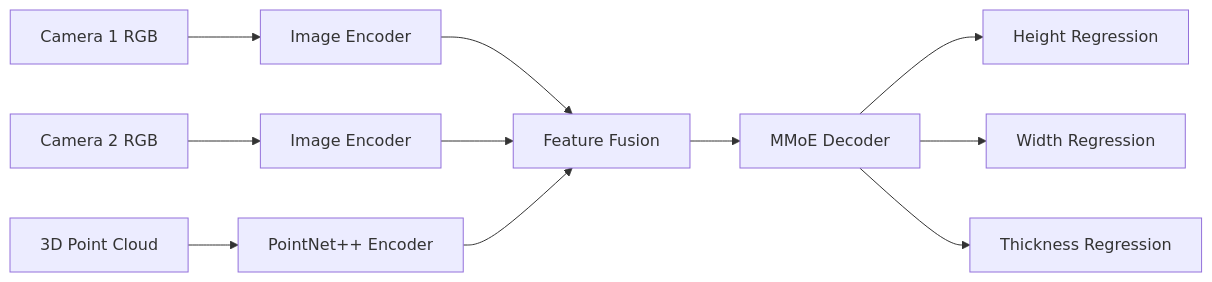
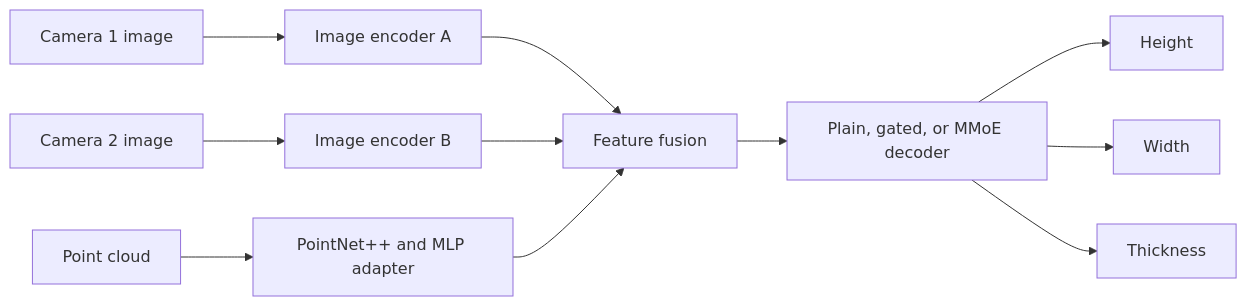
The diagram in README.md (AngeloUNIMI/Granulo-10k), drawn with Mermaid before and after one commit. The commit also changed other lines of this file and 74 other files, not shown here.

````diff
--- a/README.md
+++ b/README.md
@@ -166,13 +167,13 @@
 ```mermaid
 graph LR
-    A[Camera 1 RGB] --> B[Image Encoder]
-    C[Camera 2 RGB] --> D[Image Encoder]
-    E[3D Point Cloud] --> F[PointNet++ Encoder]
-    B --> G[Feature Fusion]
+    A[Camera 1 image] --> B[Image encoder A]
+    C[Camera 2 image] --> D[Image encoder B]
+    E[Point cloud] --> F[PointNet++ and MLP adapter]
+    B --> G[Feature fusion]
     D --> G
     F --> G
-    G --> H[MMoE Decoder]
-    H --> I[Height Regression]
-    H --> J[Width Regression]
-    H --> K[Thickness Regression]
+    G --> H[Plain, gated, or MMoE decoder]
+    H --> I[Height]
+    H --> J[Width]
+    H --> K[Thickness]
 ```
````
